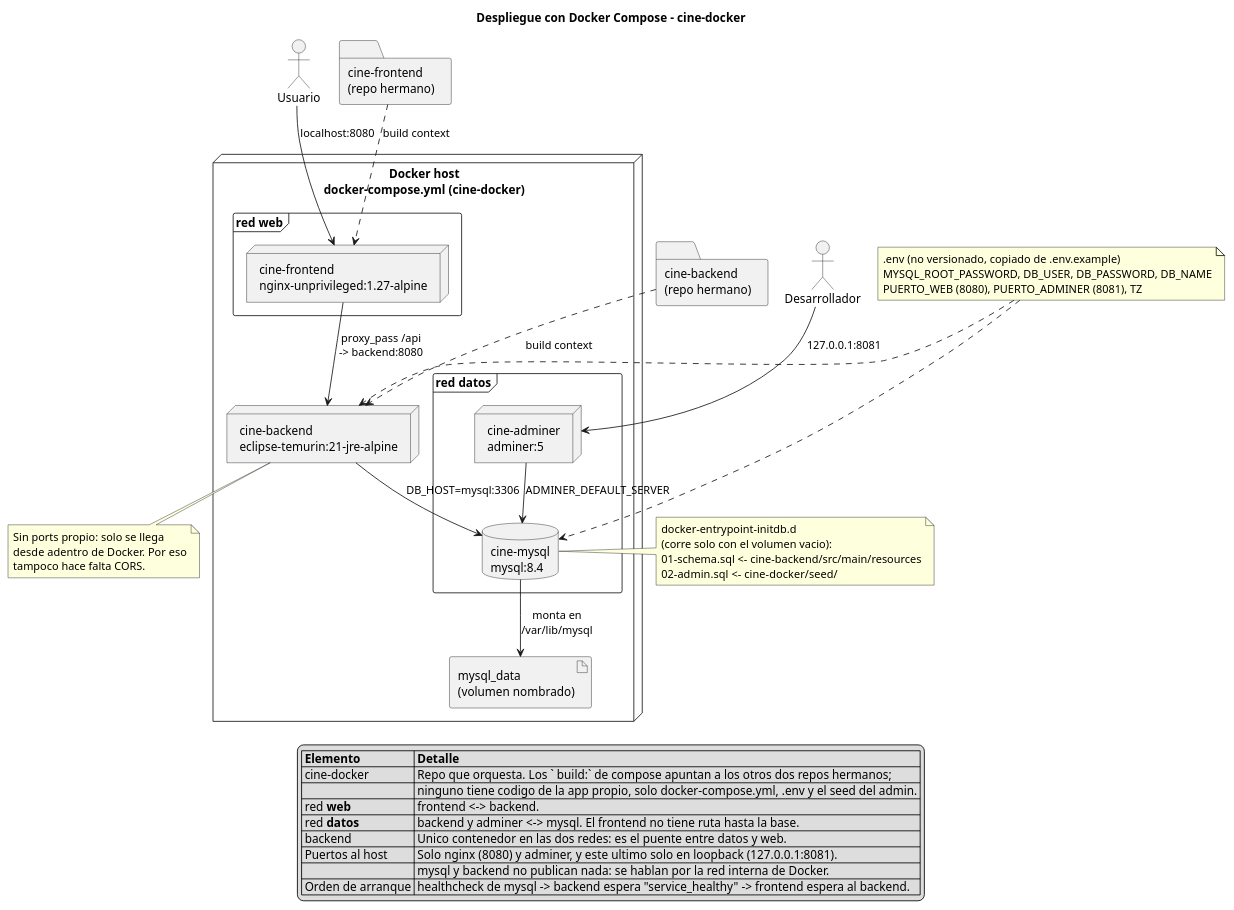
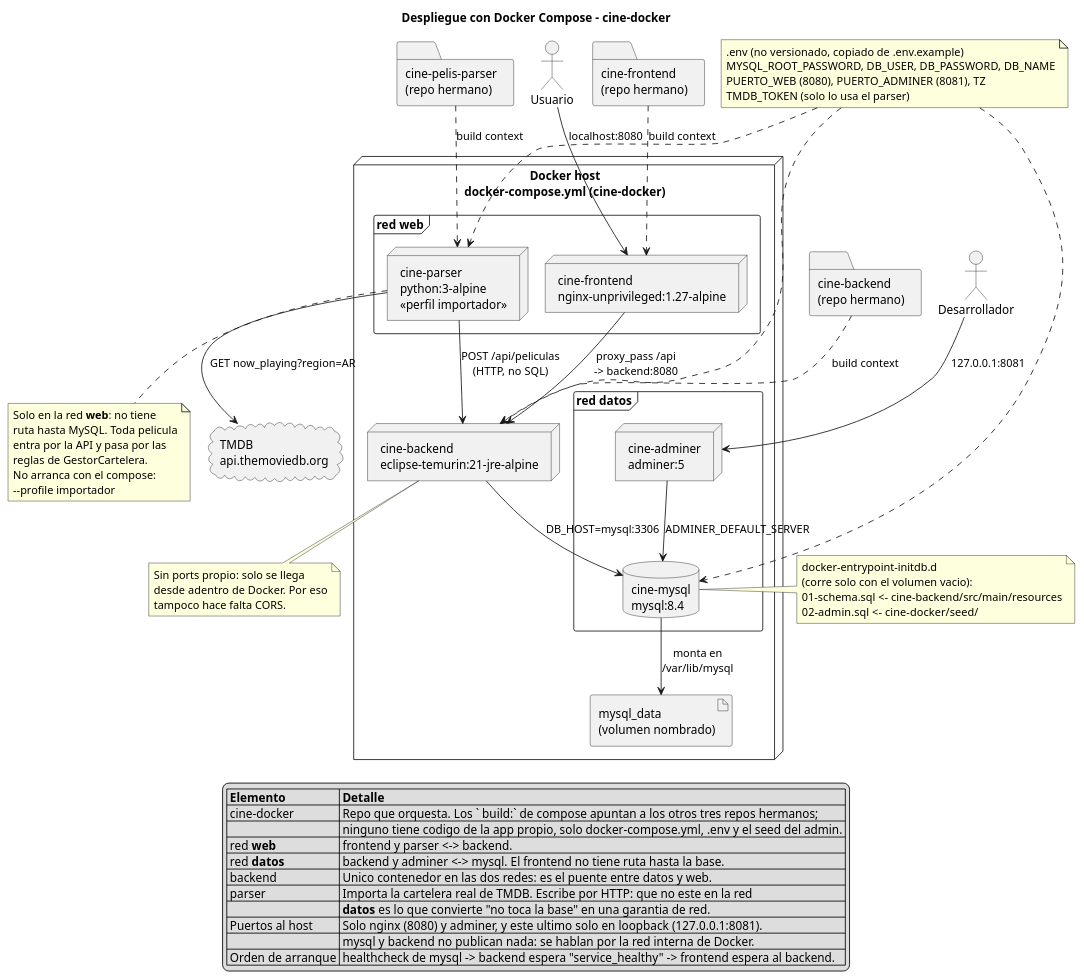
The diagram in cine-backend/docs/diagramas/docker-despliegue.puml (andreiveisuade/cine-uade), drawn with PlantUML before and after one commit. The commit also changed 3 other files, not shown here.

First line of the commit message:
docs: el importador de la cartelera real, y poner al dia las cuentas

```diff
--- a/cine-backend/docs/diagramas/docker-despliegue.puml
+++ b/cine-backend/docs/diagramas/docker-despliegue.puml
@@ -1,73 +1,92 @@
 @startuml docker-despliegue
 title Despliegue con Docker Compose - cine-docker
 
 skinparam nodesep 20
 skinparam ranksep 45
 
 actor "Usuario" as usuario
 
 folder "cine-frontend\n(repo hermano)" as repoFrontend
 folder "cine-backend\n(repo hermano)" as repoBackend
+folder "cine-pelis-parser\n(repo hermano)" as repoParser
 
 node "Docker host\ndocker-compose.yml (cine-docker)" {
   frame "red **web**" {
     node "cine-frontend\nnginx-unprivileged:1.27-alpine" as frontend
+    node "cine-parser\npython:3-alpine\n<<perfil importador>>" as parser
   }
 
   node "cine-backend\neclipse-temurin:21-jre-alpine" as backend
 
   frame "red **datos**" {
     database "cine-mysql\nmysql:8.4" as mysql
     node "cine-adminer\nadminer:5" as adminer
   }
 
   artifact "mysql_data\n(volumen nombrado)" as vol
 }
 
 actor "Desarrollador" as dev
+cloud "TMDB\napi.themoviedb.org" as tmdb
 
 repoFrontend .down.> frontend : build context
 repoBackend .down.> backend : build context
+repoParser .down.> parser : build context
 
 usuario --> frontend : "localhost:8080"
 dev --> adminer : "127.0.0.1:8081"
 
 frontend --> backend : proxy_pass /api\n-> backend:8080
+parser --> backend : POST /api/peliculas\n(HTTP, no SQL)
+parser --> tmdb : GET now_playing?region=AR
 backend --> mysql : DB_HOST=mysql:3306
 adminer --> mysql : ADMINER_DEFAULT_SERVER
 mysql --> vol : monta en\n/var/lib/mysql
 
 note right of mysql
   docker-entrypoint-initdb.d
   (corre solo con el volumen vacio):
   01-schema.sql <- cine-backend/src/main/resources
   02-admin.sql  <- cine-docker/seed/
 end note
 
 note bottom of backend
   Sin ports propio: solo se llega
   desde adentro de Docker. Por eso
   tampoco hace falta CORS.
 end note
 
+note bottom of parser
+  Solo en la red **web**: no tiene
+  ruta hasta MySQL. Toda pelicula
+  entra por la API y pasa por las
+  reglas de GestorCartelera.
+  No arranca con el compose:
+  --profile importador
+end note
+
 note as envNote
   .env (no versionado, copiado de .env.example)
   MYSQL_ROOT_PASSWORD, DB_USER, DB_PASSWORD, DB_NAME
   PUERTO_WEB (8080), PUERTO_ADMINER (8081), TZ
+  TMDB_TOKEN (solo lo usa el parser)
 end note
 envNote ..> mysql
 envNote ..> backend
+envNote ..> parser
 
 legend bottom
   |= Elemento |= Detalle |
-  | cine-docker | Repo que orquesta. Los ` build:` de compose apuntan a los otros dos repos hermanos; |
+  | cine-docker | Repo que orquesta. Los ` build:` de compose apuntan a los otros tres repos hermanos; |
   |  | ninguno tiene codigo de la app propio, solo docker-compose.yml, .env y el seed del admin. |
-  | red **web** | frontend <-> backend. |
+  | red **web** | frontend y parser <-> backend. |
   | red **datos** | backend y adminer <-> mysql. El frontend no tiene ruta hasta la base. |
   | backend | Unico contenedor en las dos redes: es el puente entre datos y web. |
+  | parser | Importa la cartelera real de TMDB. Escribe por HTTP: que no este en la red |
+  |  | **datos** es lo que convierte "no toca la base" en una garantia de red. |
   | Puertos al host | Solo nginx (8080) y adminer, y este ultimo solo en loopback (127.0.0.1:8081). |
   |  | mysql y backend no publican nada: se hablan por la red interna de Docker. |
   | Orden de arranque | healthcheck de mysql -> backend espera "service_healthy" -> frontend espera al backend. |
 endlegend
 
 @enduml
```
